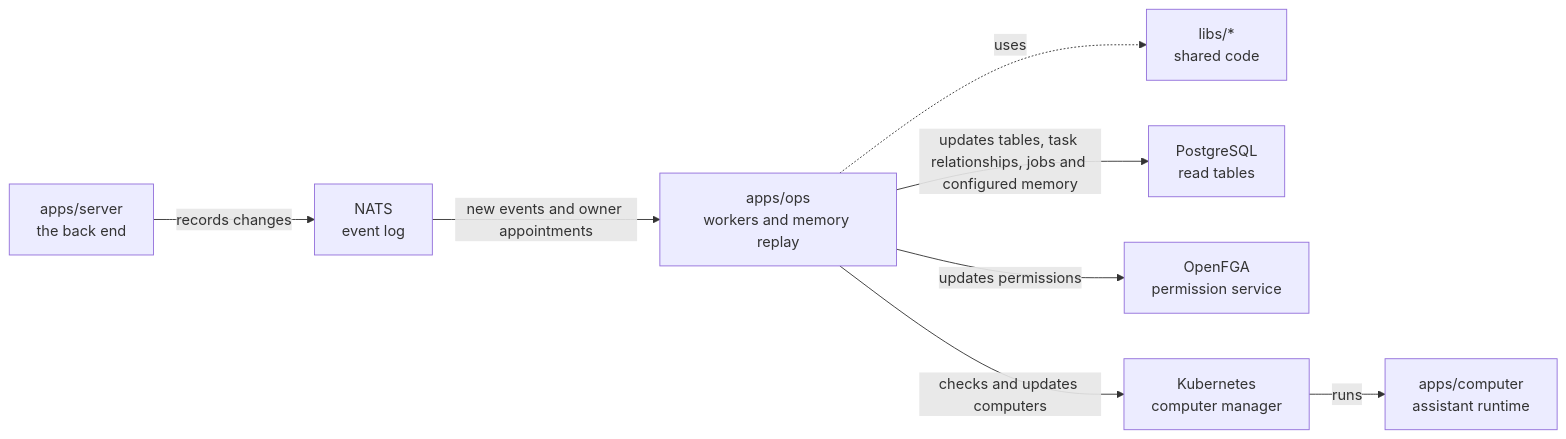
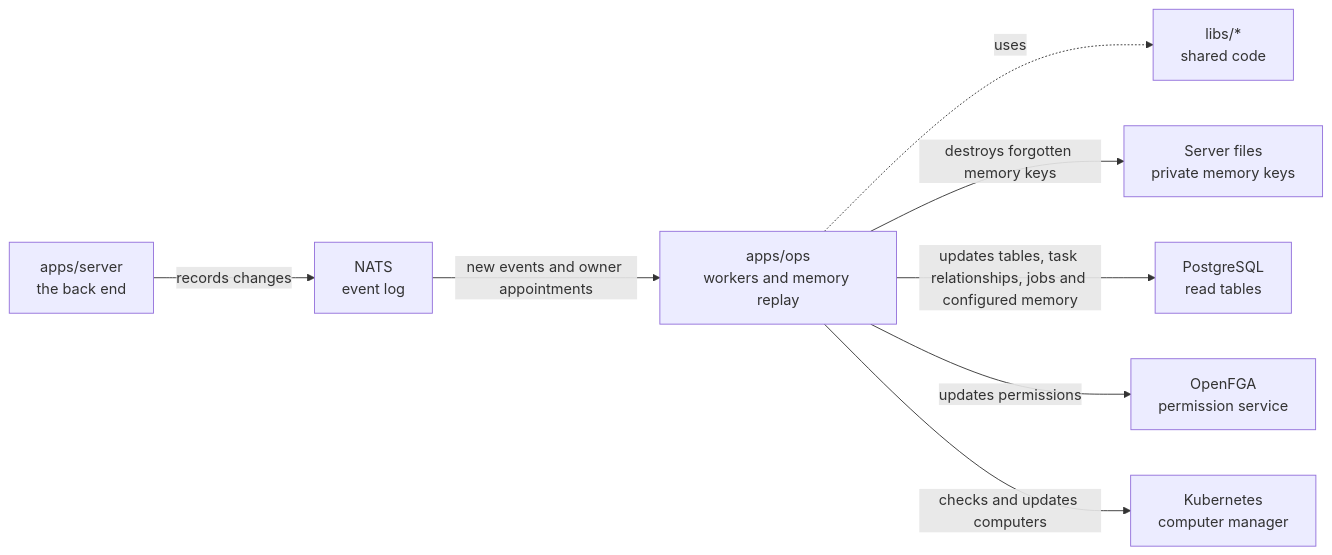
Before and after one commit to elewa-git/opencrane-new: the diagram in apps/ops/README.md, drawn with Mermaid. The commit also changed other lines of this file and 19 other files, not shown here.

Commit message:
🧠 Destroy forgotten personal memory keys and record verified cleanup

````diff
--- a/apps/ops/README.md
+++ b/apps/ops/README.md
@@ -11,10 +11,10 @@
 ```mermaid
 flowchart LR
   server["apps/server<br/>the back end"] -->|records changes| nats["NATS<br/>event log"]
   nats -->|new events and owner appointments| ops["apps/ops<br/>workers and memory replay"]
   ops -.->|uses| libs["libs/*<br/>shared code"]
+  ops -->|destroys forgotten memory keys| keys["Server files<br/>private memory keys"]
   ops -->|updates tables, task relationships, jobs and configured memory| postgres["PostgreSQL<br/>read tables"]
   ops -->|updates permissions| fga["OpenFGA<br/>permission service"]
   ops -->|checks and updates computers| kube["Kubernetes<br/>computer manager"]
-  kube -->|runs| computer["apps/computer<br/>assistant runtime"]
 ```
````
